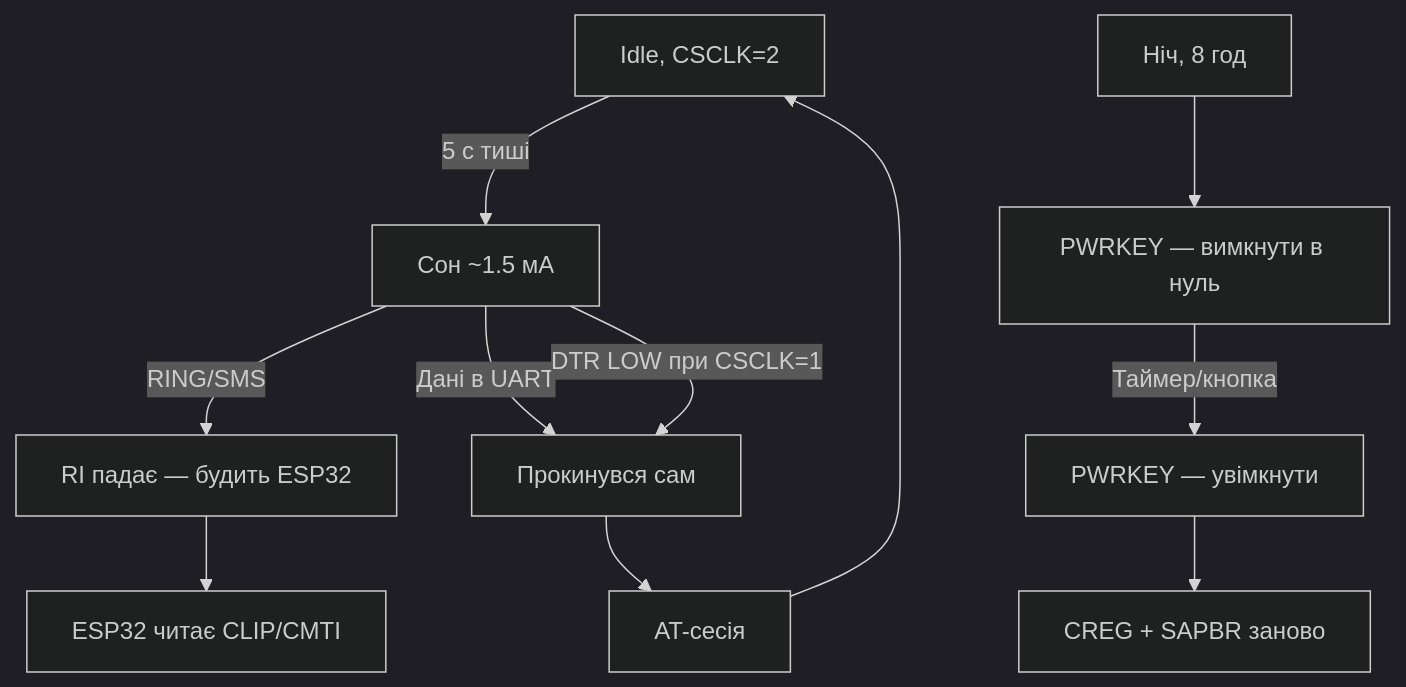
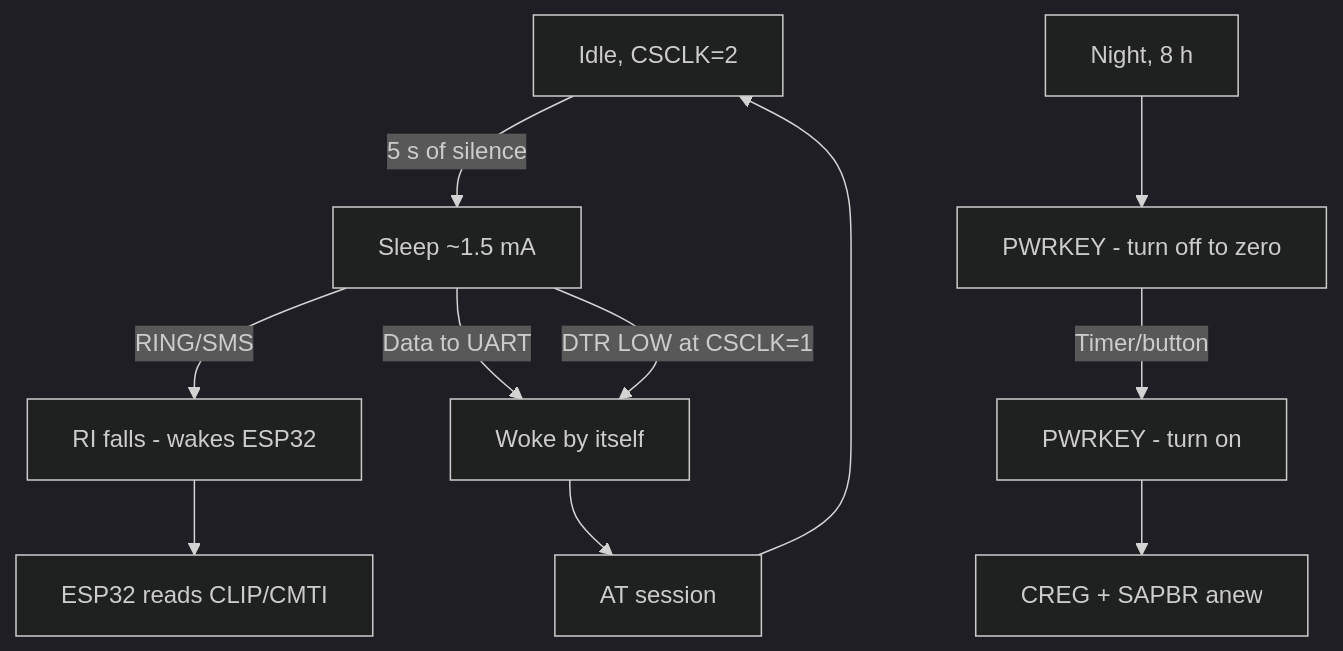
The fifth of 5 diagrams in obsidian_vault/ESP32-Reference/EN/12-Comm-Modules/03-SIM800L-GPS.en.md (ksalab/embedded-reference), drawn with Mermaid (dark theme) before and after one commit. The commit also changed other lines of this file and 76 other files, not shown here.

````diff
--- a/obsidian_vault/ESP32-Reference/EN/12-Comm-Modules/03-SIM800L-GPS.en.md
+++ b/obsidian_vault/ESP32-Reference/EN/12-Comm-Modules/03-SIM800L-GPS.en.md
@@ -473,13 +473,13 @@
 ```mermaid
 flowchart TB
-    IDLE[Idle, CSCLK=2] -->|5 с тиші| SLEEP[Сон ~1.5 мА]
-    SLEEP -->|RING/SMS| RI[RI падає — будить ESP32]
-    SLEEP -->|Дані в UART| WAKE[Прокинувся сам]
-    SLEEP -->|DTR LOW при CSCLK=1| WAKE
-    RI --> READ[ESP32 читає CLIP/CMTI]
-    WAKE --> WORK[AT-сесія]
+    IDLE[Idle, CSCLK=2] -->|5 s of silence| SLEEP[Sleep ~1.5 mA]
+    SLEEP -->|RING/SMS| RI[RI falls - wakes ESP32]
+    SLEEP -->|Data to UART| WAKE[Woke by itself]
+    SLEEP -->|DTR LOW at CSCLK=1| WAKE
+    RI --> READ[ESP32 reads CLIP/CMTI]
+    WAKE --> WORK[AT session]
     WORK --> IDLE
-    NIGHT[Ніч, 8 год] --> OFF[PWRKEY — вимкнути в нуль]
-    OFF -->|Таймер/кнопка| PWR[PWRKEY — увімкнути]
-    PWR --> REG[CREG + SAPBR заново]
+    NIGHT[Night, 8 h] --> OFF[PWRKEY - turn off to zero]
+    OFF -->|Timer/button| PWR[PWRKEY - turn on]
+    PWR --> REG[CREG + SAPBR anew]
 ```
````
